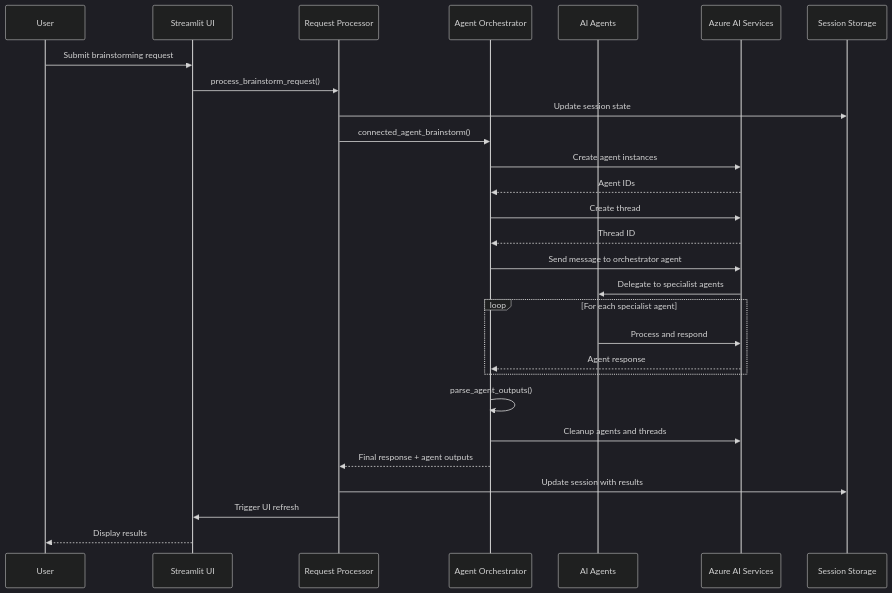
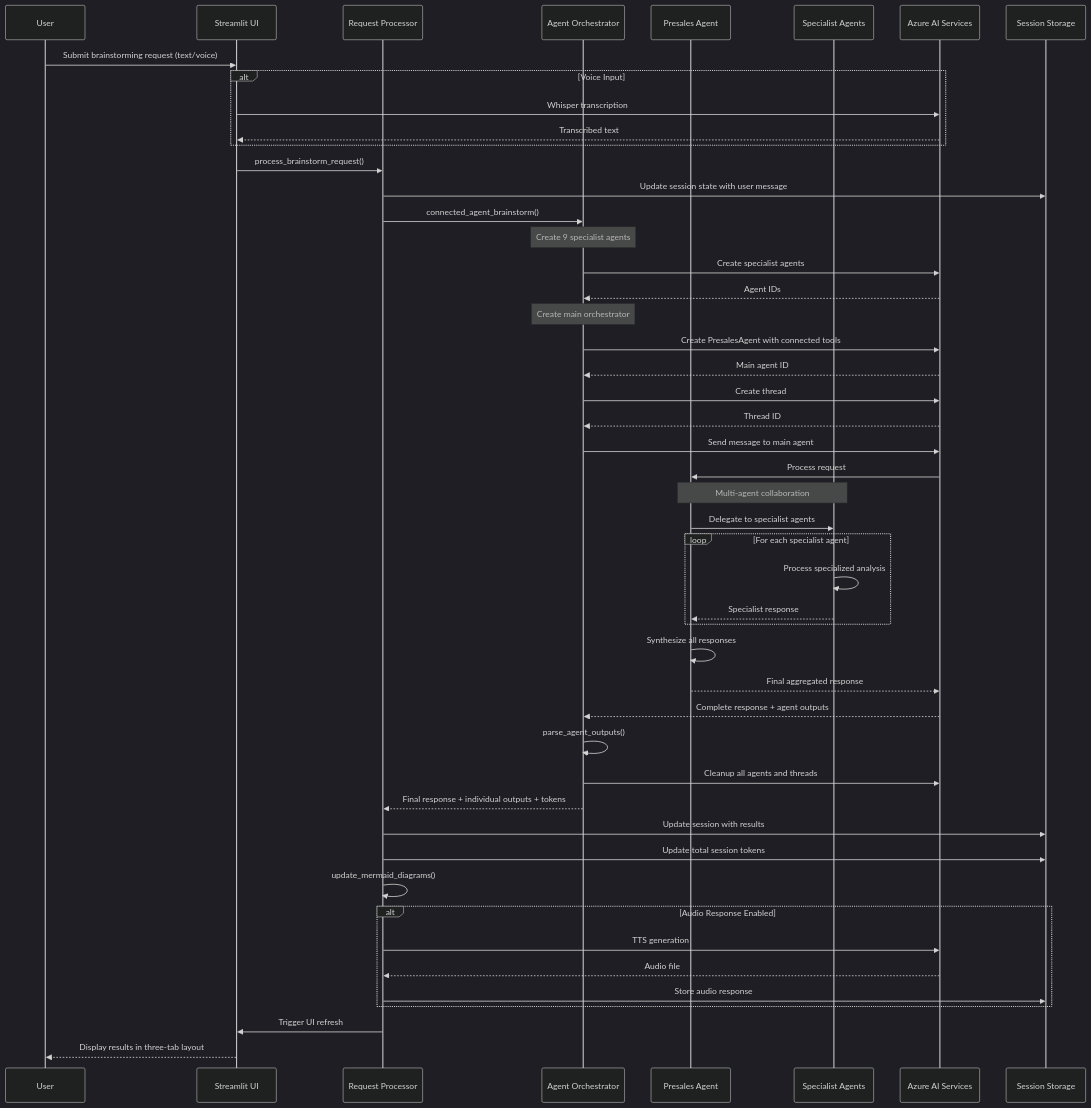
One commit to mmckechney/AgenticAIFoundry changed the sixth of 17 diagrams in docs/stbrainstorm-architecture-documentation.md. Above: the diagram before and after it, drawn with Mermaid (dark theme). The commit also changed other lines of this file, not shown here.

Commit message:
Major documentation updates: agents, UI architecture, API reference, data flows

````diff
--- a/docs/stbrainstorm-architecture-documentation.md
+++ b/docs/stbrainstorm-architecture-documentation.md
@@ -376,37 +686,64 @@
 ```mermaid
 sequenceDiagram
     participant User
     participant UI as Streamlit UI
     participant Processor as Request Processor
     participant Orchestrator as Agent Orchestrator
-    participant Agents as AI Agents
+    participant MainAgent as Presales Agent
+    participant Specialists as Specialist Agents
     participant Azure as Azure AI Services
     participant Storage as Session Storage
     
-    User->>UI: Submit brainstorming request
+    User->>UI: Submit brainstorming request (text/voice)
+    alt Voice Input
+        UI->>Azure: Whisper transcription
+        Azure-->>UI: Transcribed text
+    end
+    
     UI->>Processor: process_brainstorm_request()
-    Processor->>Storage: Update session state
+    Processor->>Storage: Update session state with user message
     Processor->>Orchestrator: connected_agent_brainstorm()
     
-    Orchestrator->>Azure: Create agent instances
+    Note over Orchestrator: Create 9 specialist agents
+    Orchestrator->>Azure: Create specialist agents
     Azure-->>Orchestrator: Agent IDs
+    
+    Note over Orchestrator: Create main orchestrator
+    Orchestrator->>Azure: Create PresalesAgent with connected tools
+    Azure-->>Orchestrator: Main agent ID
     
     Orchestrator->>Azure: Create thread
     Azure-->>Orchestrator: Thread ID
     
-    Orchestrator->>Azure: Send message to orchestrator agent
-    Azure->>Agents: Delegate to specialist agents
+    Orchestrator->>Azure: Send message to main agent
+    Azure->>MainAgent: Process request
+    
+    Note over MainAgent,Specialists: Multi-agent collaboration
+    MainAgent->>Specialists: Delegate to specialist agents
     
     loop For each specialist agent
-        Agents->>Azure: Process and respond
-        Azure-->>Orchestrator: Agent response
+        Specialists->>Specialists: Process specialized analysis
+        Specialists-->>MainAgent: Specialist response
     end
     
+    MainAgent->>MainAgent: Synthesize all responses
+    MainAgent-->>Azure: Final aggregated response
+    Azure-->>Orchestrator: Complete response + agent outputs
+    
     Orchestrator->>Orchestrator: parse_agent_outputs()
-    Orchestrator->>Azure: Cleanup agents and threads
+    Orchestrator->>Azure: Cleanup all agents and threads
     
-    Orchestrator-->>Processor: Final response + agent outputs
+    Orchestrator-->>Processor: Final response + individual outputs + tokens
     Processor->>Storage: Update session with results
+    Processor->>Storage: Update total session tokens
+    Processor->>Processor: update_mermaid_diagrams()
+    
+    alt Audio Response Enabled
+        Processor->>Azure: TTS generation
+        Azure-->>Processor: Audio file
+        Processor->>Storage: Store audio response
+    end
+    
     Processor->>UI: Trigger UI refresh
-    UI-->>User: Display results
+    UI-->>User: Display results in three-tab layout
 ```
````
